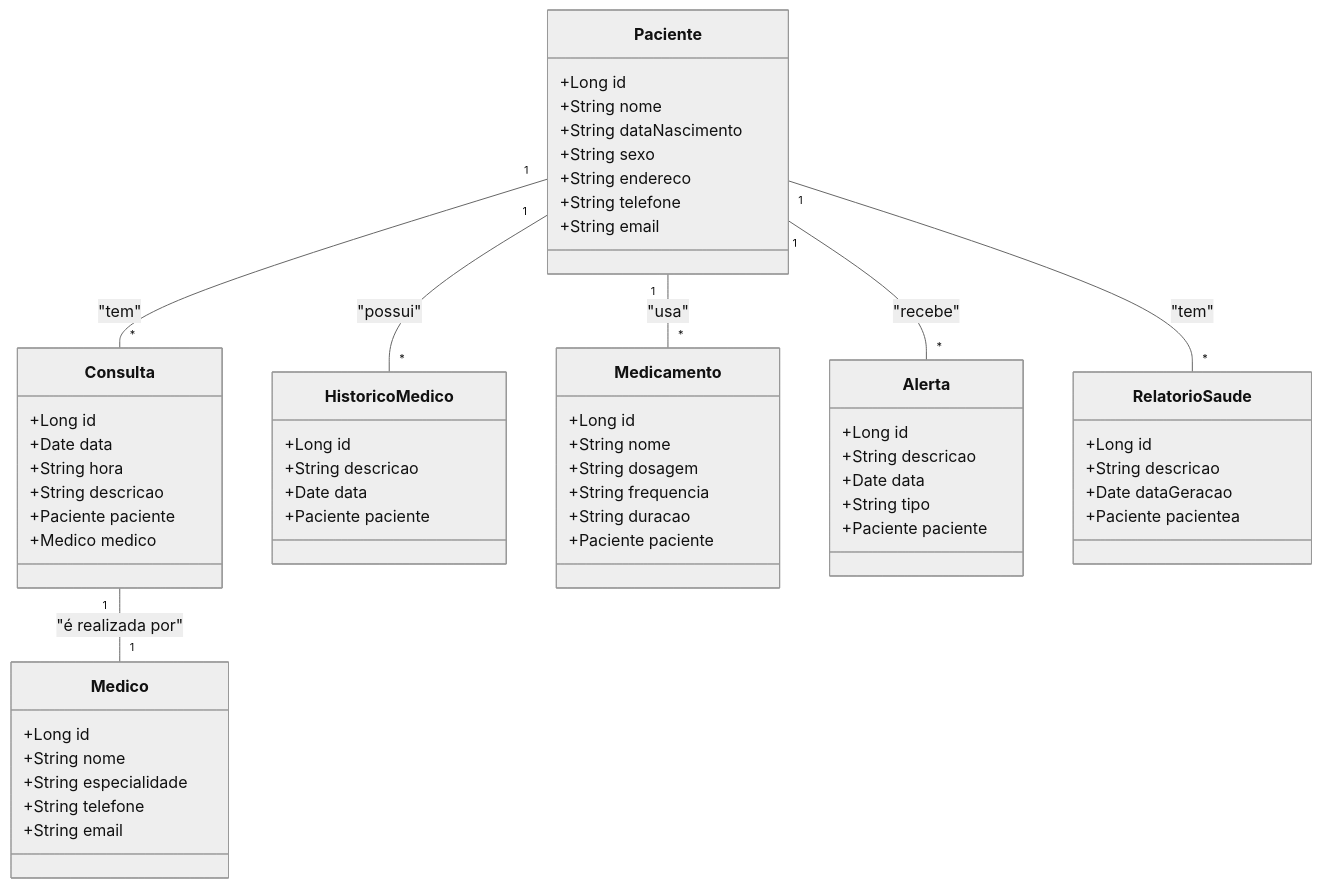
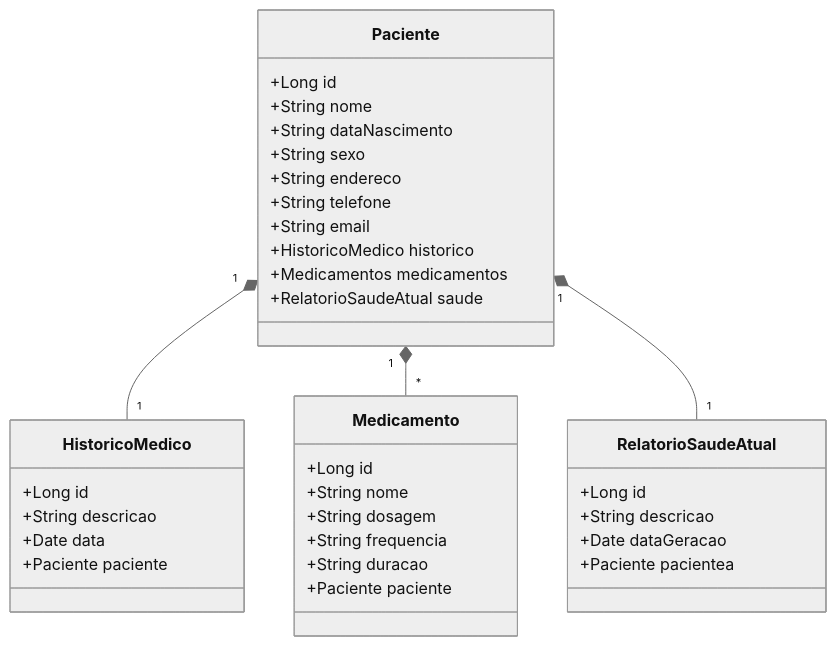
The diagram in README.md (Kaua15/sms.dio), drawn with Mermaid (neutral theme) before and after one commit.

````diff
--- a/README.md
+++ b/README.md
@@ -10,67 +10,42 @@
 ```mermaid
 classDiagram
     class Paciente {
         +Long id
         +String nome
         +String dataNascimento
         +String sexo
         +String endereco
         +String telefone
         +String email
-    }
-
-    class Consulta {
-        +Long id
-        +Date data
-        +String hora
-        +String descricao
-        +Paciente paciente
-        +Medico medico
-    }
-
-    class Medico {
-        +Long id
-        +String nome
-        +String especialidade
-        +String telefone
-        +String email
+        +HistoricoMedico historico
+        +Medicamentos medicamentos
+        +RelatorioSaudeAtual saude
     }
 
     class HistoricoMedico {
         +Long id
         +String descricao
         +Date data
         +Paciente paciente
     }
 
     class Medicamento {
         +Long id
         +String nome
         +String dosagem
         +String frequencia
         +String duracao
         +Paciente paciente
     }
 
-    class Alerta {
-        +Long id
-        +String descricao
-        +Date data
-        +String tipo
-        +Paciente paciente
-    }
-
-    class RelatorioSaude {
+    class RelatorioSaudeAtual {
         +Long id
         +String descricao
         +Date dataGeracao
         +Paciente pacientea
     }
 
-    Paciente "1" -- "*" Consulta : "tem"
-    Consulta "1" -- "1" Medico : "é realizada por"
-    Paciente "1" -- "*" HistoricoMedico : "possui"
-    Paciente "1" -- "*" Medicamento : "usa"
-    Paciente "1" -- "*" Alerta : "recebe"
-    Paciente "1" -- "*" RelatorioSaude : "tem"
+    Paciente "1" *-- "1" HistoricoMedico 
+    Paciente "1" *-- "*" Medicamento
+    Paciente "1" *-- "1" RelatorioSaudeAtual
 ```
````
